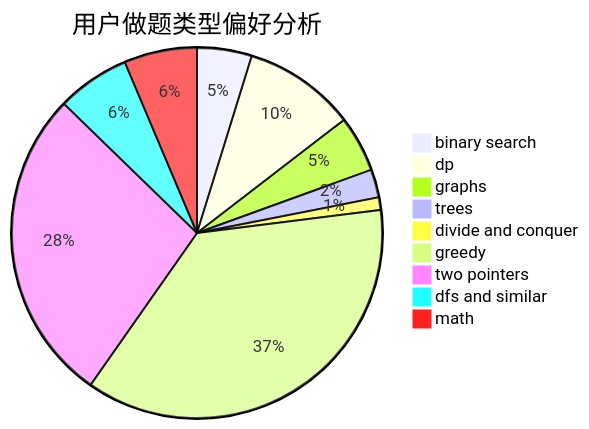
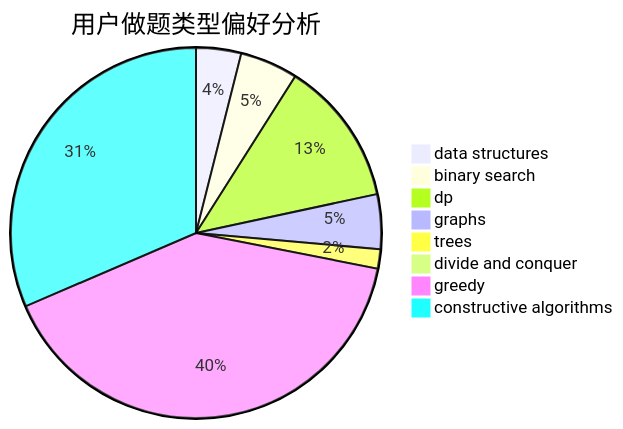
One commit to sherpahu/cfrs.github.io changed the second of 3 diagrams in docs/user/u2533.md. Above: the diagram before and after it, drawn with Mermaid. The commit also changed other lines of this file and 2775 other files, not shown here.

````diff
--- a/docs/user/u2533.md
+++ b/docs/user/u2533.md
@@ -23,12 +23,11 @@
 ```mermaid
 pie title 用户做题类型偏好分析
-    "binary search" :  39
-    "dp" :  80
-    "graphs" :  40
-    "trees" :  20
-    "divide and conquer" :  9
-    "greedy" :  300
-    "two pointers" :  225
-    "dfs and similar" :  52
-    "math" :  52
+    "data structures" :  14
+    "binary search" :  18
+    "dp" :  45
+    "graphs" :  17
+    "trees" :  6
+    "divide and conquer" :  0
+    "greedy" :  144
+    "constructive algorithms" :  112
 ```
````
